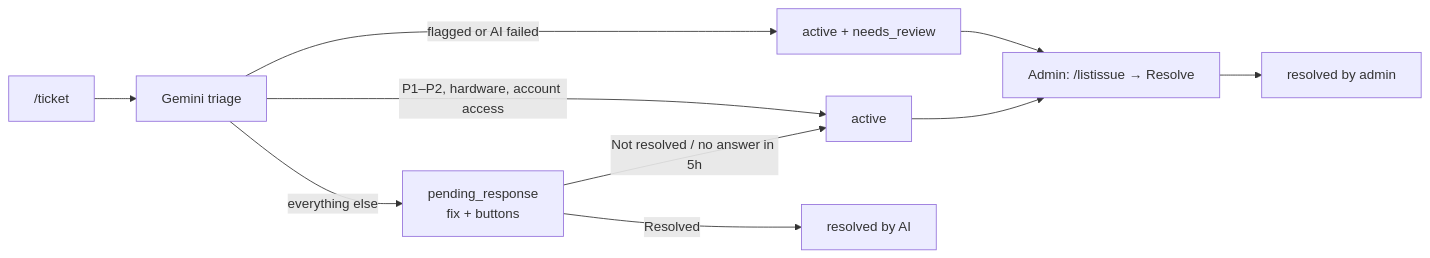
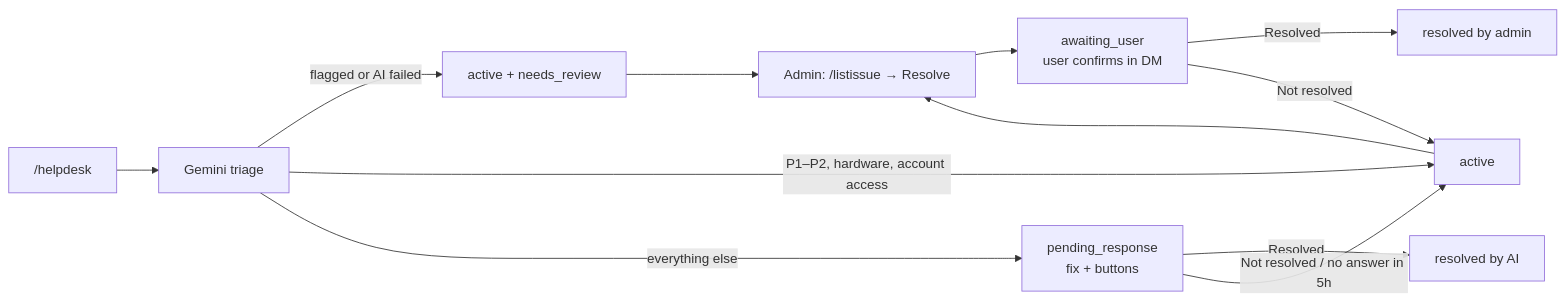
The diagram in Readme.md (Jairamhegde/ResolveOps), drawn with Mermaid before and after one commit. The commit also changed other lines of this file and 52 other files, not shown here.

First line of the commit message:
feat: Jira-style dashboard redesign, demo video, /helpdesk command and other-admin routing

````diff
--- a/Readme.md
+++ b/Readme.md
@@ -47,12 +47,14 @@
 ```mermaid
 flowchart LR
-    T["/ticket"] --> AI[Gemini triage]
+    T["/helpdesk"] --> AI[Gemini triage]
     AI -->|flagged or AI failed| A[active + needs_review]
     AI -->|P1–P2, hardware, account access| B[active]
     AI -->|everything else| P[pending_response<br/>fix + buttons]
     P -->|Resolved| R[resolved by AI]
     P -->|Not resolved / no answer in 5h| B
     A --> AD[Admin: /listissue → Resolve]
     B --> AD
-    AD --> R2[resolved by admin]
+    AD --> W[awaiting_user<br/>user confirms in DM]
+    W -->|Resolved| R2[resolved by admin]
+    W -->|Not resolved| B
 ```
````
